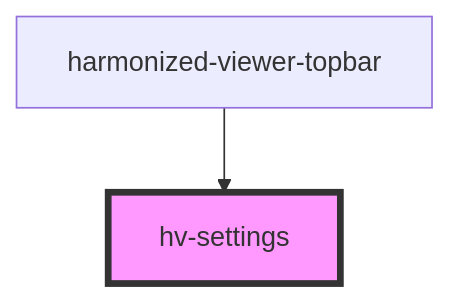
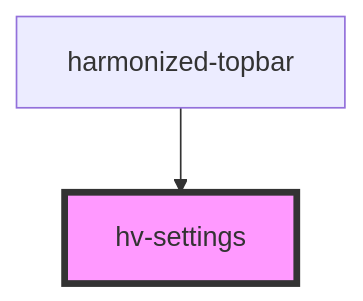
Before and after one commit to bac-lac/lac-harmonized-viewer: the diagram in src/components/settings/readme.md, drawn with Mermaid. The commit also changed other lines of this file and 19 other files, not shown here.

````diff
--- a/src/components/settings/readme.md
+++ b/src/components/settings/readme.md
@@ -15,5 +15,5 @@
 ```mermaid
 graph TD;
-  harmonized-viewer-topbar --> hv-settings
+  harmonized-topbar --> hv-settings
   style hv-settings fill:#f9f,stroke:#333,stroke-width:4px
 ```
````
